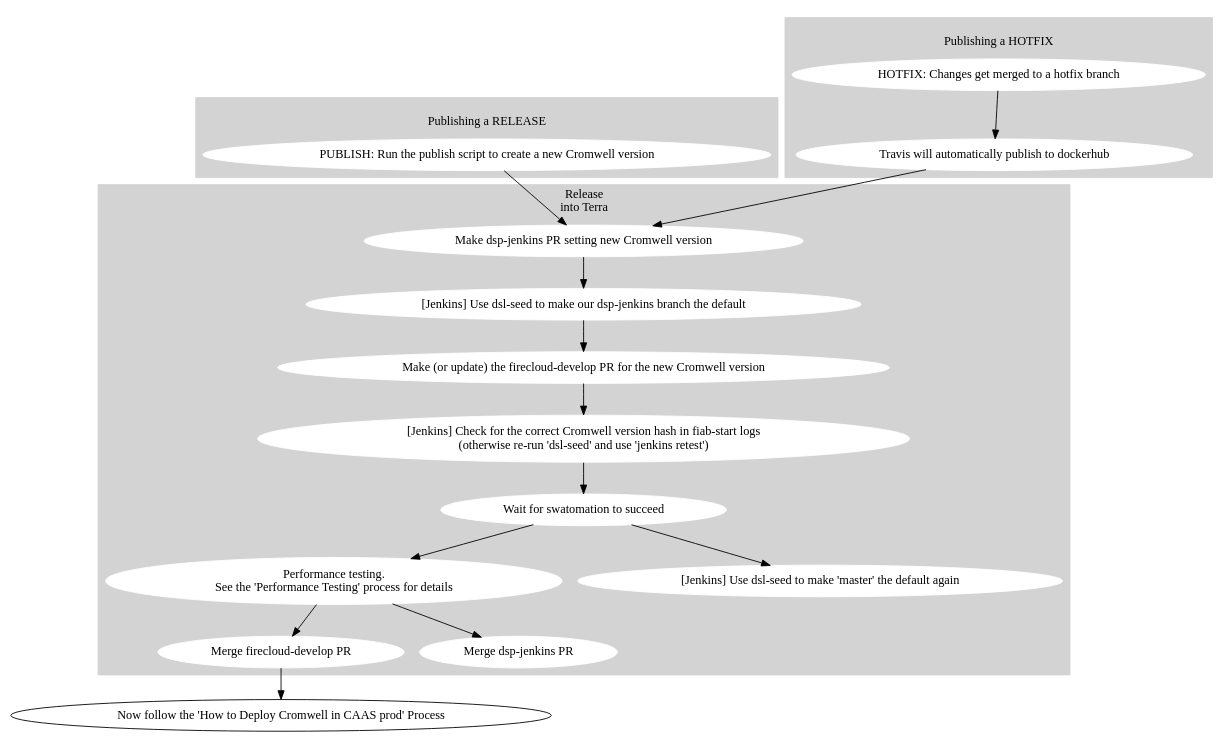
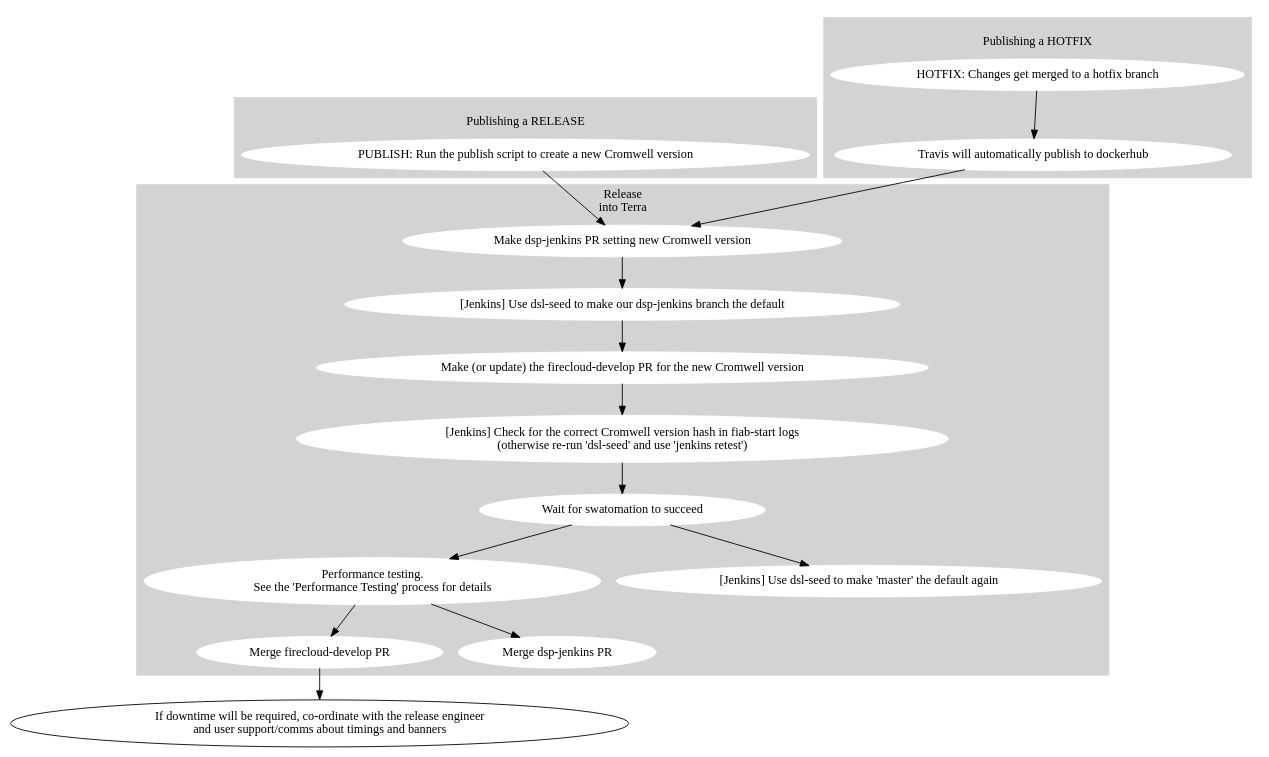
The diagram in processes/release_processes/firecloud-develop.dot (broadinstitute/cromwell), drawn with Graphviz before and after one commit. The commit also changed 4 other files, not shown here.

```diff
--- a/processes/release_processes/firecloud-develop.dot
+++ b/processes/release_processes/firecloud-develop.dot
@@ -1,70 +1,69 @@
 digraph {
 
   # Nodes
 
   subgraph cluster_0 {
     label="\lPublishing a RELEASE"
     style=filled
     node [style=filled,color=white];
     color="lightgrey"
 
     release_cromwell [shape=oval label="PUBLISH: Run the publish script to create a new Cromwell version"];
   }
 
   subgraph cluster_1 {
     label="\lPublishing a HOTFIX"
     style=filled
     node [style=filled,color=white];
     color="lightgrey"
 
     hotfix_changes [shape=oval label="HOTFIX: Changes get merged to a hotfix branch"];
     publish_hotfix [shape=oval label="Travis will automatically publish to dockerhub"];
   }
 
   subgraph cluster_2 {
     label="Release\ninto Terra"
     style=filled
     node [style=filled,color=white];
     color="lightgrey"
 
     fcdev_pr [shape=oval label="Make (or update) the firecloud-develop PR for the new Cromwell version"];
     confirm_cromwell_v [shape=oval label="[Jenkins] Check for the correct Cromwell version hash in fiab-start logs\n(otherwise re-run 'dsl-seed' and use 'jenkins retest')"];
     confirm_cromwell_v [shape=oval label="[Jenkins] Check for the correct Cromwell version hash in fiab-start logs\n(otherwise re-run 'dsl-seed' and use 'jenkins retest')"];
     fcdev_success [shape=oval label="Wait for swatomation to succeed"];
 
     fcdev_merge [shape=oval label="Merge firecloud-develop PR"];
 
     dspjenkins_PR [shape=oval label="Make dsp-jenkins PR setting new Cromwell version"];
     dspjenkins_merge [shape=oval label="Merge dsp-jenkins PR"];
 
     qa_perf [shape=oval label="Performance testing.\nSee the 'Performance Testing' process for details"];
 
     jenkins_set [shape=oval label="[Jenkins] Use dsl-seed to make our dsp-jenkins branch the default"];
     jenkins_reset [shape=oval label="[Jenkins] Use dsl-seed to make 'master' the default again"];
-
   }
 
-  update_caas [shape=oval label="Now follow the 'How to Deploy Cromwell in CAAS prod' Process"];
+  coordinate_release_timing [shape=oval label="If downtime will be required, co-ordinate with the release engineer\nand user support/comms about timings and banners"];
 
   # Edges
 
   hotfix_changes -> publish_hotfix
   publish_hotfix -> dspjenkins_PR
 
   release_cromwell -> dspjenkins_PR
 
   fcdev_pr -> confirm_cromwell_v
 
   dspjenkins_PR -> jenkins_set
 
   jenkins_set -> fcdev_pr
   confirm_cromwell_v -> fcdev_success
 
   fcdev_success -> jenkins_reset
   fcdev_success -> qa_perf
 
   qa_perf -> dspjenkins_merge
   qa_perf -> fcdev_merge
 
-  fcdev_merge -> update_caas
+  fcdev_merge -> coordinate_release_timing
 }
```
